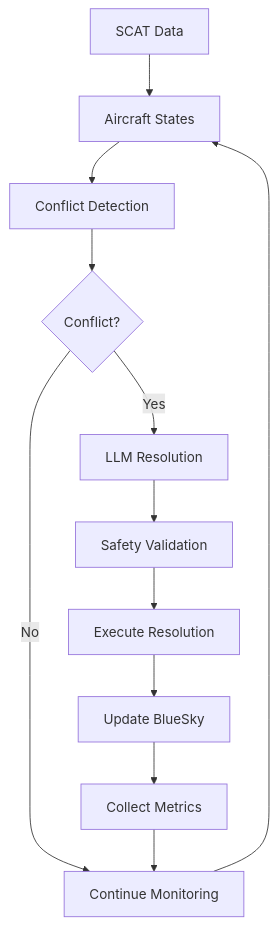
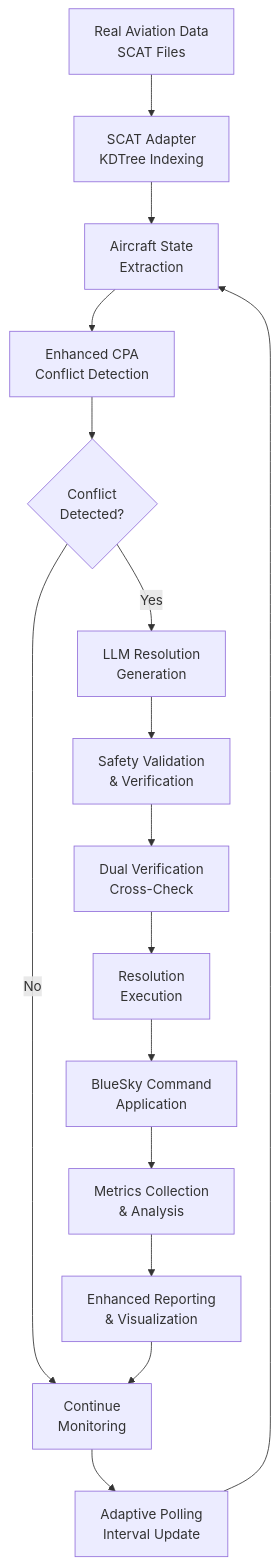
Before and after one commit to Somnathab3/ATC_LLM: the first of 2 diagrams in README.md, drawn with Mermaid. The commit also changed other lines of this file and 53 other files, not shown here.

````diff
--- a/README.md
+++ b/README.md
@@ -1291,14 +1913,18 @@
 ```mermaid
 graph TD
-    A[SCAT Data] --> B[Aircraft States]
-    B --> C[Conflict Detection]
-    C --> D{Conflict?}
-    D -->|Yes| E[LLM Resolution]
-    D -->|No| F[Continue Monitoring]
-    E --> G[Safety Validation]
-    G --> H[Execute Resolution]
-    H --> I[Update BlueSky]
-    I --> J[Collect Metrics]
-    J --> F
-    F --> B
+    A[Real Aviation Data<br/>SCAT Files] --> B[SCAT Adapter<br/>KDTree Indexing]
+    B --> C[Aircraft State<br/>Extraction]
+    C --> D[Enhanced CPA<br/>Conflict Detection]
+    D --> E{Conflict<br/>Detected?}
+    E -->|Yes| F[LLM Resolution<br/>Generation]
+    E -->|No| G[Continue<br/>Monitoring]
+    F --> H[Safety Validation<br/>& Verification]
+    H --> I[Dual Verification<br/>Cross-Check]
+    I --> J[Resolution<br/>Execution]
+    J --> K[BlueSky Command<br/>Application]
+    K --> L[Metrics Collection<br/>& Analysis]
+    L --> M[Enhanced Reporting<br/>& Visualization]
+    M --> G
+    G --> N[Adaptive Polling<br/>Interval Update]
+    N --> C
 ```
````
